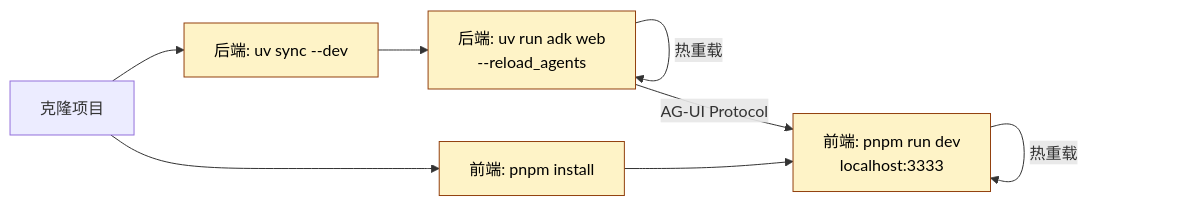
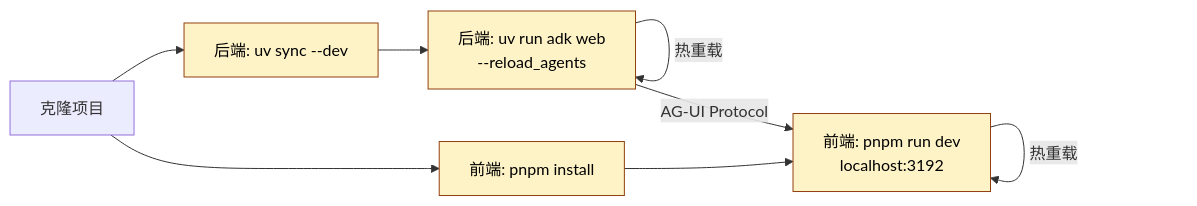
One commit to ThreeFish-AI/negentropy changed the diagram in docs/development.md. Above: the diagram before and after it, drawn with Mermaid. The commit also changed other lines of this file and 9 other files, not shown here.

````diff
--- a/docs/development.md
+++ b/docs/development.md
@@ -153,17 +153,17 @@
 ```mermaid
 flowchart LR
     Start[克隆项目] --> SetupBE[后端: uv sync --dev]
     Start --> SetupFE[前端: pnpm install]
 
     SetupBE --> DevBE[后端: uv run adk web<br>--reload_agents]
-    SetupFE --> DevFE[前端: pnpm run dev<br>localhost:3333]
+    SetupFE --> DevFE[前端: pnpm run dev<br>localhost:3192]
 
     DevBE --> |热重载| DevBE
     DevFE --> |热重载| DevFE
 
     DevBE --> |AG-UI Protocol| DevFE
 
     classDef dev fill:#FEF3C7,stroke:#92400E,color:#000
 
     class SetupBE,SetupFE,DevBE,DevFE dev
 ```
````
